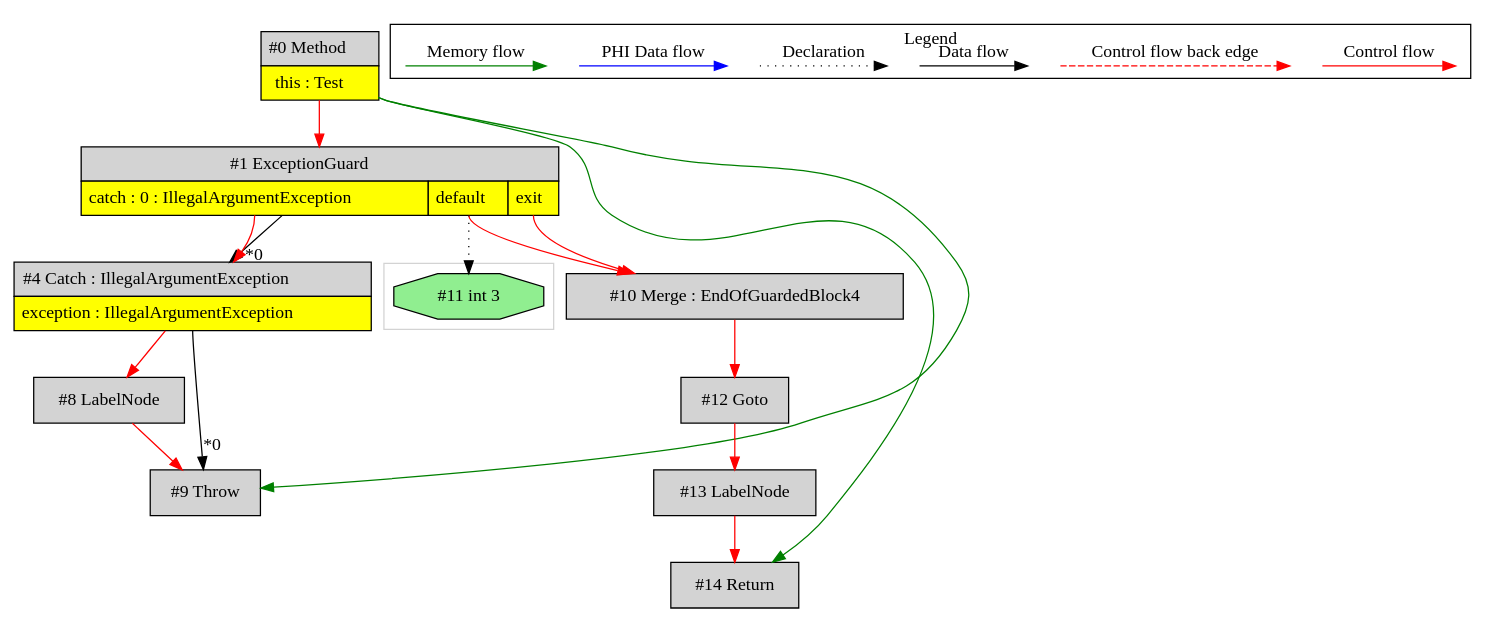
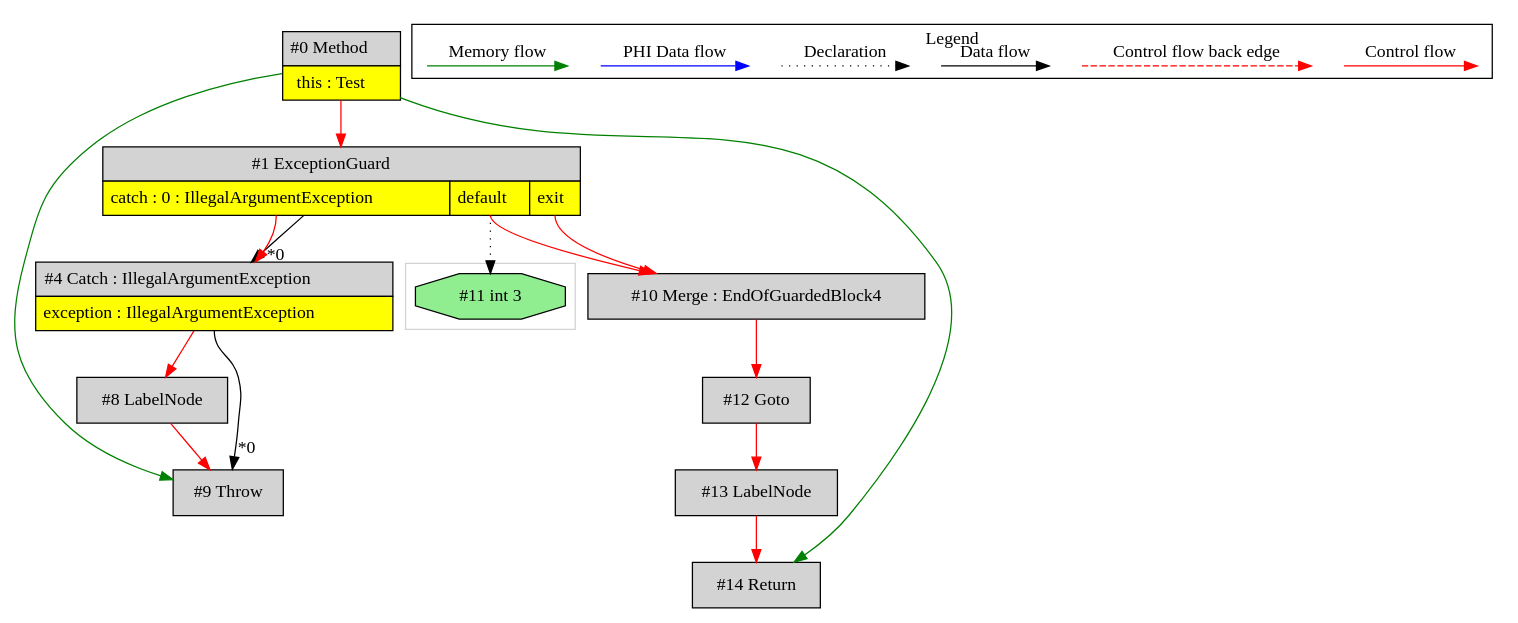
Before and after one commit to mirkosertic/MetaIR: the diagram in de.mirkosertic.metair.ir.OpcodeTryCatchTest/test_SimpleCatch/ir.dot, drawn with Graphviz. The commit also changed 1234 other files, not shown here.

```diff
--- a/de.mirkosertic.metair.ir.OpcodeTryCatchTest/test_SimpleCatch/ir.dot
+++ b/de.mirkosertic.metair.ir.OpcodeTryCatchTest/test_SimpleCatch/ir.dot
@@ -1,57 +1,57 @@
 digraph {
  ordering="in";
  node0[margin="0", label=<<table border="0" cellborder="1" cellspacing="0" cellpadding="5"><tr><td colspan="1">#0 Method</td></tr><tr><td port="prj2" bgcolor="yellow">this : Test</td></tr></table>>,shape=none, fillcolor=lightgrey, style=filled];
- node1[margin="0", label=<<table border="0" cellborder="1" cellspacing="0" cellpadding="5"><tr><td colspan="3">#1 ExceptionGuard</td></tr><tr><td port="prj3" bgcolor="yellow">catch : 0 : IllegalArgumentException</td><td port="prj5" bgcolor="yellow">default</td><td port="prj6" bgcolor="yellow">exit</td></tr></table>>,shape=none, fillcolor=lightgrey, style=filled];
+ node9[label="#9 Throw",shape=box, fillcolor=lightgrey, style=filled];
+ node4:prj7 -> node9[headlabel="*0", labeldistance=2];
+ node8 -> node9[labeldistance=2, color=red, fontcolor=red];
+ node0 -> node9[labeldistance=2, color=green, constraint=false];
+ node8[label="#8 LabelNode",shape=box, fillcolor=lightgrey, style=filled];
+ node4 -> node8[labeldistance=2, color=red, fontcolor=red];
+ node4[margin="0", label=<<table border="0" cellborder="1" cellspacing="0" cellpadding="5"><tr><td colspan="1">#4 Catch : IllegalArgumentException</td></tr><tr><td port="prj7" bgcolor="yellow">exception : IllegalArgumentException</td></tr></table>>,shape=none, fillcolor=lightgrey, style=filled];
+ node1 -> node4[headlabel="*0", labeldistance=2];
+ node1:prj3 -> node4[labeldistance=2, color=red, fontcolor=red];
+ node1[margin="0", label=<<table border="0" cellborder="1" cellspacing="0" cellpadding="5"><tr><td colspan="3">#1 ExceptionGuard</td></tr><tr><td port="prj3" bgcolor="yellow">catch : 0 : IllegalArgumentException</td><td port="prj6" bgcolor="yellow">default</td><td port="prj5" bgcolor="yellow">exit</td></tr></table>>,shape=none, fillcolor=lightgrey, style=filled];
  node0 -> node1[labeldistance=2, color=red, fontcolor=red];
+ node11[label="#11 int 3",shape=octagon, fillcolor=lightgreen, style=filled];
+ node1:prj6 -> node11[style=dotted];
  node10[label="#10 Merge : EndOfGuardedBlock4",shape=box, fillcolor=lightgrey, style=filled];
+ node1:prj6 -> node10[labeldistance=2, color=red, fontcolor=red];
  node1:prj5 -> node10[labeldistance=2, color=red, fontcolor=red];
- node1:prj6 -> node10[labeldistance=2, color=red, fontcolor=red];
- node11[label="#11 int 3",shape=octagon, fillcolor=lightgreen, style=filled];
- node1:prj5 -> node11[style=dotted];
  node12[label="#12 Goto",shape=box, fillcolor=lightgrey, style=filled];
  node10 -> node12[labeldistance=2, color=red, fontcolor=red];
  node13[label="#13 LabelNode",shape=box, fillcolor=lightgrey, style=filled];
  node12 -> node13[labeldistance=2, color=red, fontcolor=red];
  node14[label="#14 Return",shape=box, fillcolor=lightgrey, style=filled];
  node13 -> node14[labeldistance=2, color=red, fontcolor=red];
  node0 -> node14[labeldistance=2, color=green, constraint=false];
- node4[margin="0", label=<<table border="0" cellborder="1" cellspacing="0" cellpadding="5"><tr><td colspan="1">#4 Catch : IllegalArgumentException</td></tr><tr><td port="prj7" bgcolor="yellow">exception : IllegalArgumentException</td></tr></table>>,shape=none, fillcolor=lightgrey, style=filled];
- node1 -> node4[headlabel="*0", labeldistance=2];
- node1:prj3 -> node4[labeldistance=2, color=red, fontcolor=red];
- node8[label="#8 LabelNode",shape=box, fillcolor=lightgrey, style=filled];
- node4 -> node8[labeldistance=2, color=red, fontcolor=red];
- node9[label="#9 Throw",shape=box, fillcolor=lightgrey, style=filled];
- node4:prj7 -> node9[headlabel="*0", labeldistance=2];
- node8 -> node9[labeldistance=2, color=red, fontcolor=red];
- node0 -> node9[labeldistance=2, color=green, constraint=false];
  subgraph cluster_0 {
   color=lightgray;
   node11;
  }
  subgraph cluster_000 {
   label = "Legend";
   node [shape=point]
   {
    rank=same;
    c0 [style = invis];
    c1 [style = invis];
    c2 [style = invis];
    c3 [style = invis];
    d0 [style = invis];
    d1 [style = invis];
    d2 [style = invis];
    d3 [style = invis];
    d4 [style = invis];
    d5 [style = invis];
    d6 [style = invis];
    d7 [style = invis];
   }
   c0 -> c1 [label="Control flow", style=solid, color=red]
   c2 -> c3 [label="Control flow back edge", style=dashed, color=red]
   d0 -> d1 [label="Data flow"]
   d2 -> d3 [label="Declaration", style=dotted]
   d4 -> d5 [label="PHI Data flow", color=blue]
   d6 -> d7 [label="Memory flow", color=green]
  }
 
 }
```
